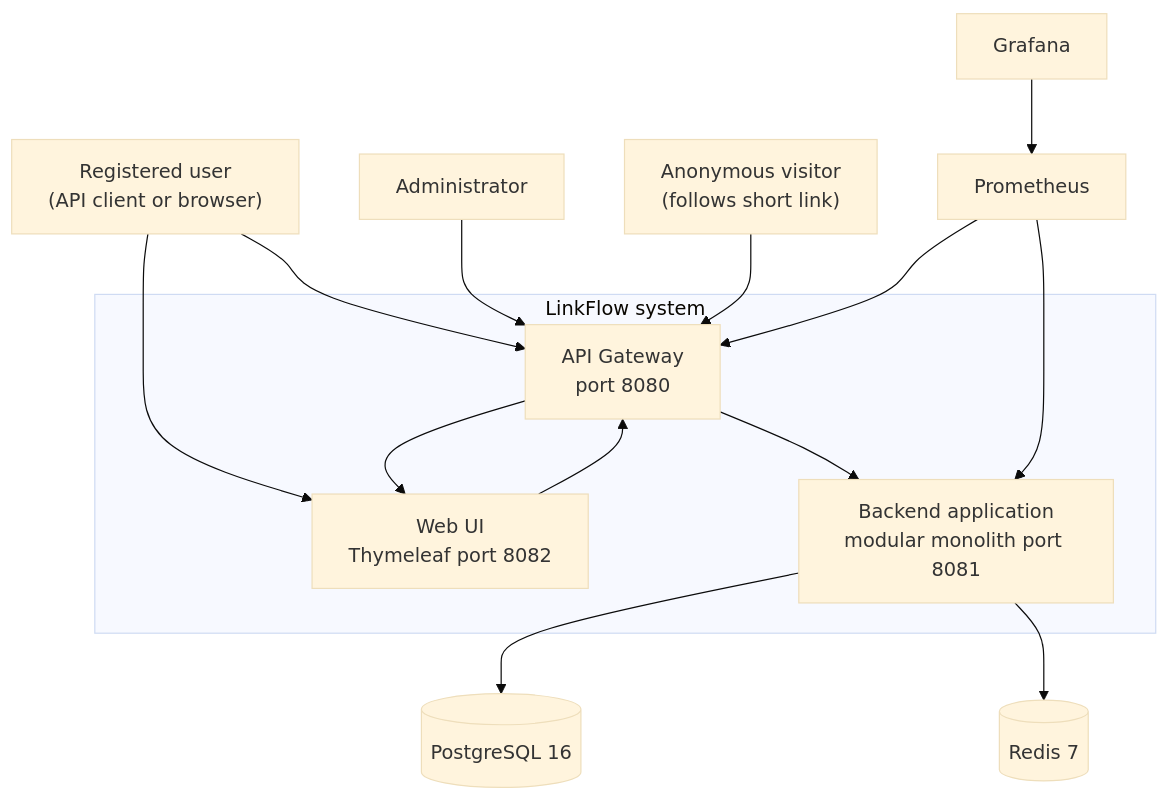
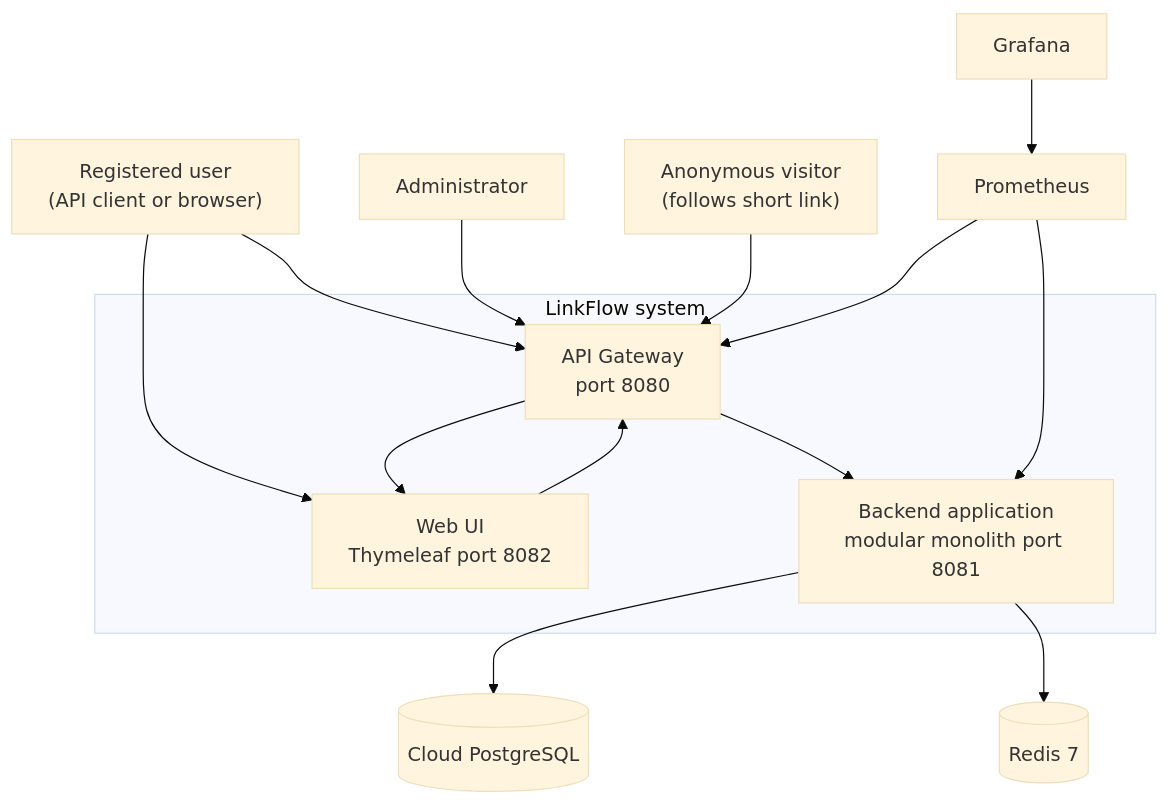
The first of 11 diagrams in docs/system-design.md (SlayerBit/linkflow), drawn with Mermaid (base theme) before and after one commit. The commit also changed other lines of this file and 8 other files, not shown here.

Commit message:
feat(infra): migrate PostgreSQL from Docker to Neon

````diff
--- a/docs/system-design.md
+++ b/docs/system-design.md
@@ -35,32 +35,32 @@
 ```mermaid
 flowchart TB
     RegisteredUser["Registered user\n(API client or browser)"]
     AnonymousVisitor["Anonymous visitor\n(follows short link)"]
     Administrator["Administrator"]
 
     subgraph LinkFlowSystem["LinkFlow system"]
         Gateway["API Gateway\nport 8080"]
         WebUI["Web UI\nThymeleaf port 8082"]
         BackendApp["Backend application\nmodular monolith port 8081"]
     end
 
-    PostgreSQL[(PostgreSQL 16)]
+    PostgreSQL[(Cloud PostgreSQL)]
     Redis[(Redis 7)]
     Prometheus["Prometheus"]
     Grafana["Grafana"]
 
     RegisteredUser --> Gateway
     RegisteredUser --> WebUI
     Administrator --> Gateway
     AnonymousVisitor --> Gateway
 
     Gateway --> BackendApp
     Gateway --> WebUI
     WebUI --> Gateway
 
     BackendApp --> PostgreSQL
     BackendApp --> Redis
     Prometheus --> BackendApp
     Prometheus --> Gateway
     Grafana --> Prometheus
 ```
````
